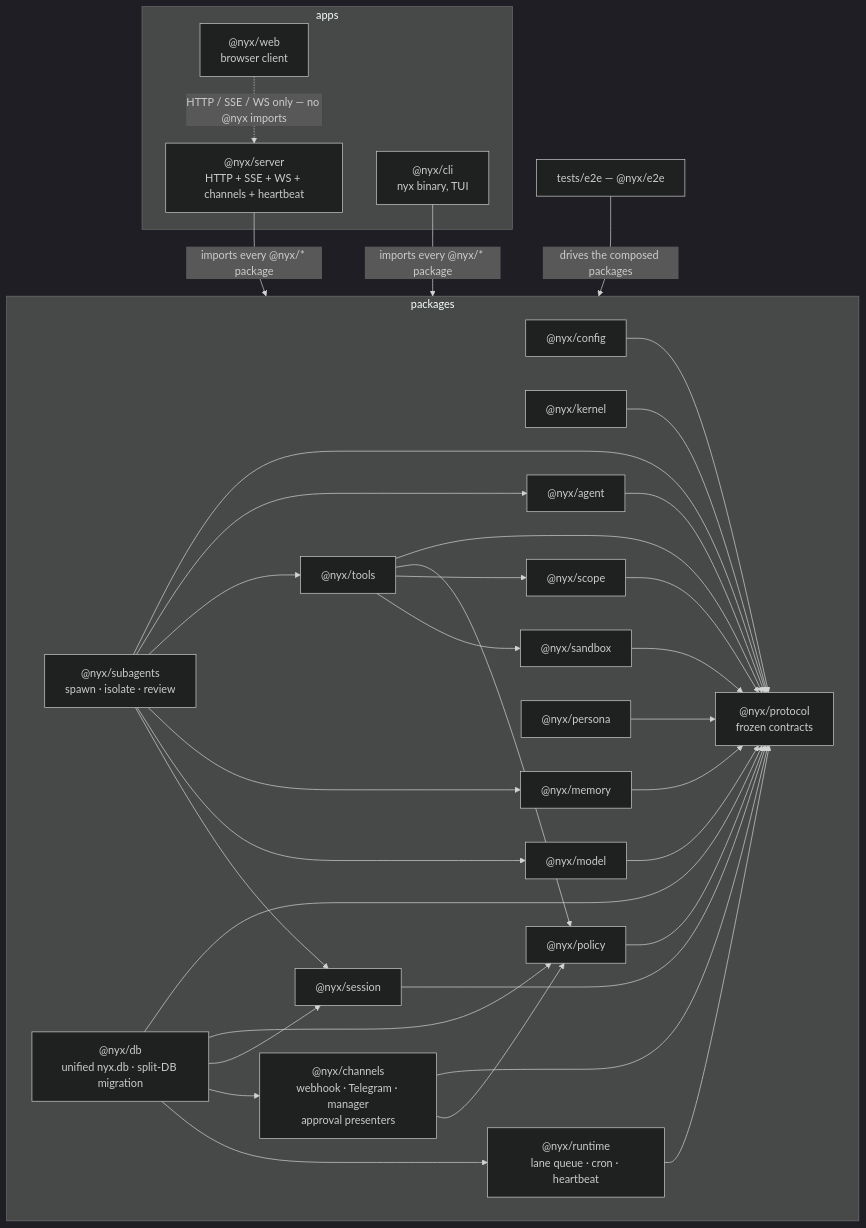
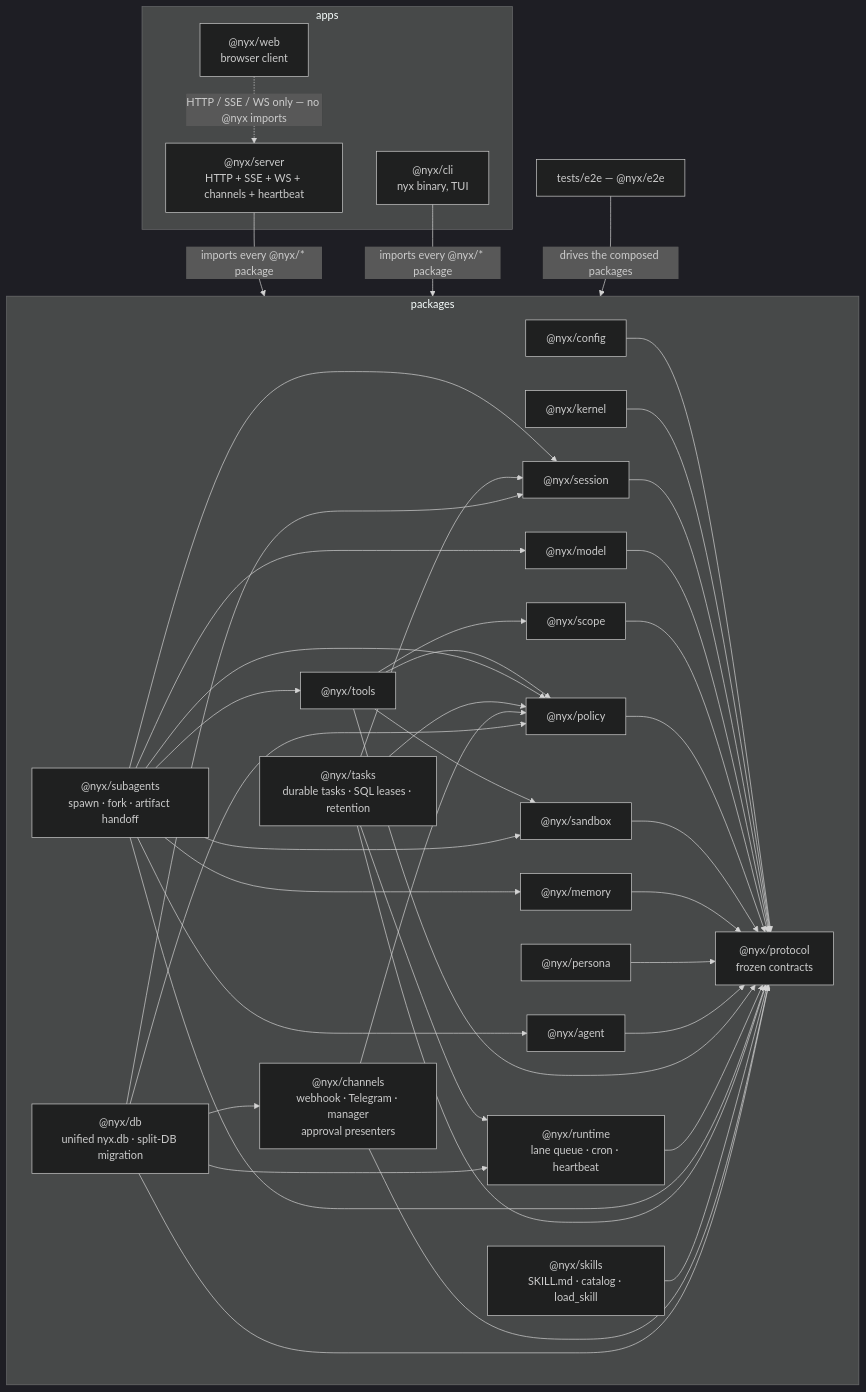
The first of 2 diagrams in docs/ARCHITECTURE.md (MIndFlare-V0RT3X/nyx), drawn with Mermaid (dark theme) before and after one commit. The commit also changed other lines of this file and 10 other files, not shown here.

````diff
--- a/docs/ARCHITECTURE.md
+++ b/docs/ARCHITECTURE.md
@@ -23,63 +23,72 @@
 ```mermaid
 flowchart TD
   subgraph apps["apps"]
     SERVER["@nyx/server<br/>HTTP + SSE + WS + channels + heartbeat"]
     CLI["@nyx/cli<br/>nyx binary, TUI"]
     WEB["@nyx/web<br/>browser client"]
   end
 
   subgraph libs["packages"]
     PROTOCOL["@nyx/protocol<br/>frozen contracts"]
     CONFIG["@nyx/config"]
     KERNEL["@nyx/kernel"]
     SESSION["@nyx/session"]
     MODEL["@nyx/model"]
     SCOPE["@nyx/scope"]
     POLICY["@nyx/policy"]
     SANDBOX["@nyx/sandbox"]
     MEMORY["@nyx/memory"]
     PERSONA["@nyx/persona"]
     TOOLS["@nyx/tools"]
     AGENT["@nyx/agent"]
     RUNTIME["@nyx/runtime<br/>lane queue · cron · heartbeat"]
     CHANNELS["@nyx/channels<br/>webhook · Telegram · manager<br/>approval presenters"]
-    SUBAGENTS["@nyx/subagents<br/>spawn · isolate · review"]
+    SUBAGENTS["@nyx/subagents<br/>spawn · fork · artifact handoff"]
+    TASKS["@nyx/tasks<br/>durable tasks · SQL leases · retention"]
+    SKILLS["@nyx/skills<br/>SKILL.md · catalog · load_skill"]
     DB["@nyx/db<br/>unified nyx.db · split-DB migration"]
   end
 
   E2E["tests/e2e — @nyx/e2e"]
 
   CONFIG --> PROTOCOL
   KERNEL --> PROTOCOL
   SESSION --> PROTOCOL
   MODEL --> PROTOCOL
   SCOPE --> PROTOCOL
   POLICY --> PROTOCOL
   SANDBOX --> PROTOCOL
   MEMORY --> PROTOCOL
   PERSONA --> PROTOCOL
   AGENT --> PROTOCOL
   TOOLS --> PROTOCOL
   TOOLS --> POLICY
   TOOLS --> SCOPE
   TOOLS --> SANDBOX
   RUNTIME --> PROTOCOL
   SUBAGENTS --> PROTOCOL
   SUBAGENTS --> AGENT
   SUBAGENTS --> TOOLS
   SUBAGENTS --> MEMORY
   SUBAGENTS --> MODEL
   SUBAGENTS --> SESSION
+  SUBAGENTS --> POLICY
+  SUBAGENTS --> SANDBOX
+  TASKS --> PROTOCOL
+  TASKS --> RUNTIME
+  TASKS --> POLICY
+  TASKS --> SESSION
+  SKILLS --> PROTOCOL
   CHANNELS --> PROTOCOL
   CHANNELS --> POLICY
   DB --> PROTOCOL
   DB --> POLICY
   DB --> SESSION
   DB --> CHANNELS
   DB --> RUNTIME
 
   SERVER -->|"imports every @nyx/* package"| libs
   CLI -->|"imports every @nyx/* package"| libs
   E2E -->|"drives the composed packages"| libs
   WEB -.->|"HTTP / SSE / WS only — no @nyx imports"| SERVER
 ```
````
